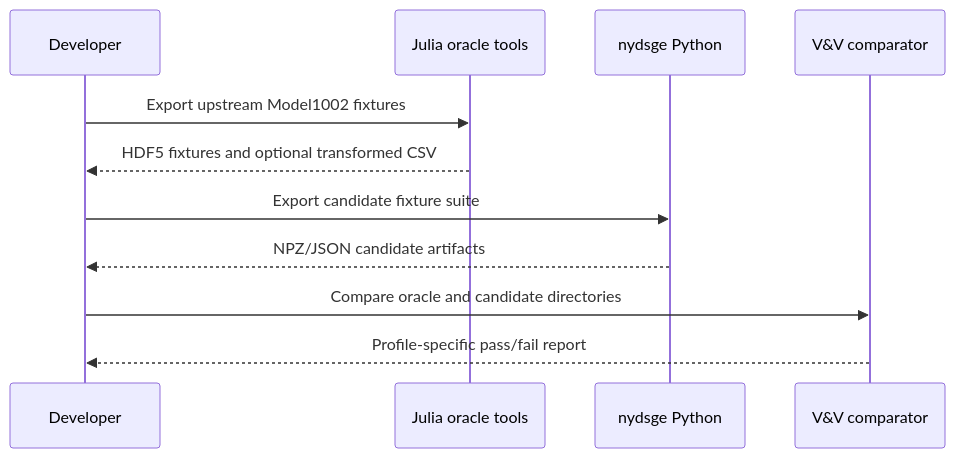
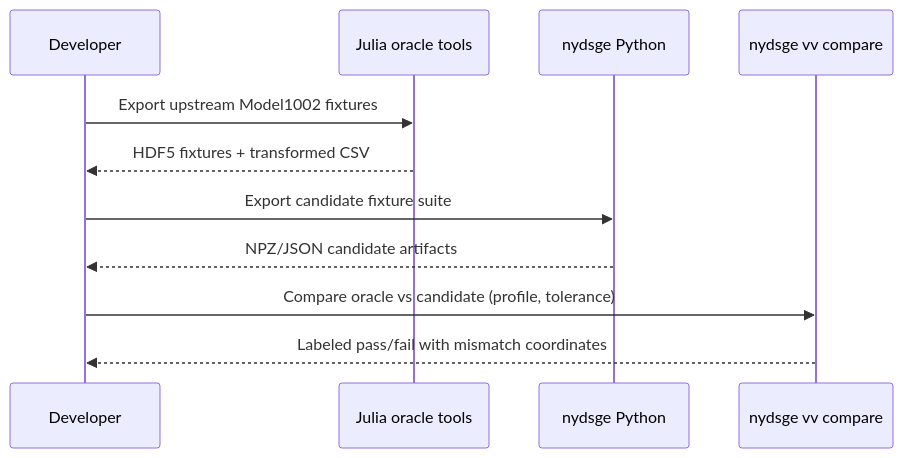
One commit to gustavorubim/nydsge-python changed the fourth of 4 diagrams in README.md. Above: the diagram before and after it, drawn with Mermaid. The commit also changed other lines of this file, not shown here.

````diff
--- a/README.md
+++ b/README.md
@@ -346,14 +299,14 @@
 ```mermaid
 sequenceDiagram
     participant Dev as Developer
     participant Julia as Julia oracle tools
     participant Py as nydsge Python
-    participant VV as V&V comparator
+    participant VV as nydsge vv compare
 
     Dev->>Julia: Export upstream Model1002 fixtures
-    Julia-->>Dev: HDF5 fixtures and optional transformed CSV
+    Julia-->>Dev: HDF5 fixtures + transformed CSV
     Dev->>Py: Export candidate fixture suite
     Py-->>Dev: NPZ/JSON candidate artifacts
-    Dev->>VV: Compare oracle and candidate directories
-    VV-->>Dev: Profile-specific pass/fail report
+    Dev->>VV: Compare oracle vs candidate (profile, tolerance)
+    VV-->>Dev: Labeled pass/fail with mismatch coordinates
 ```
````
